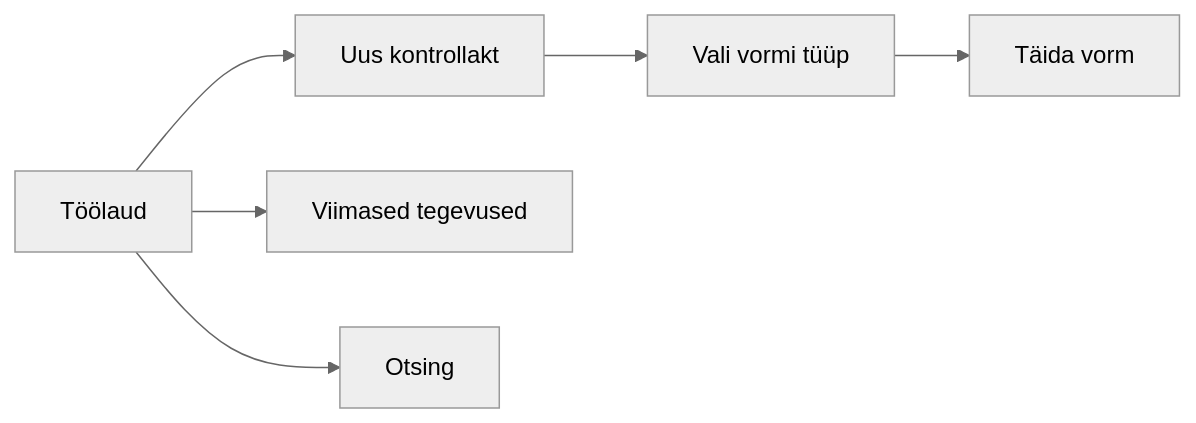
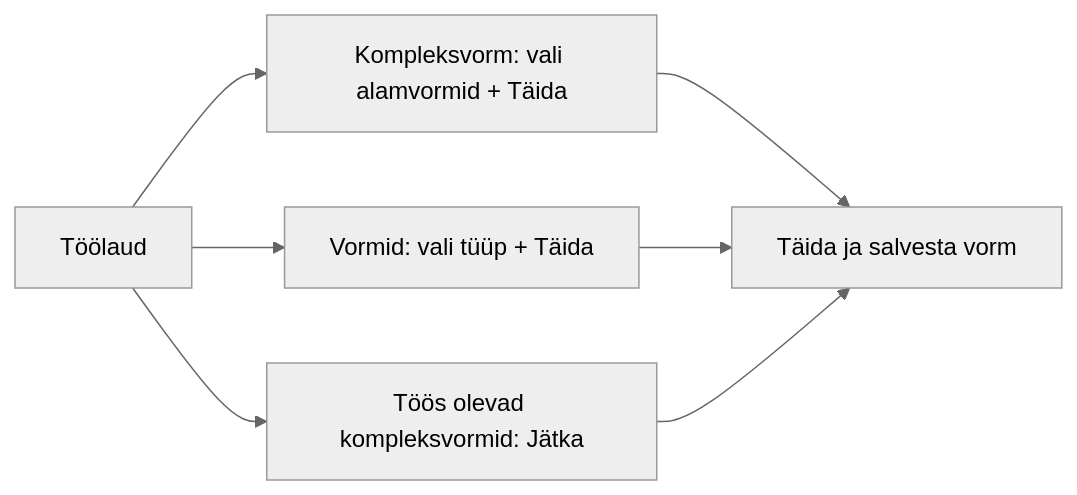
Before and after one commit to kemit-ee/ljvis-2: the diagram in docs/user-guide/04-toolaud.md, drawn with Mermaid (neutral theme). The commit also changed other lines of this file and 31 other files, not shown here.

````diff
--- a/docs/user-guide/04-toolaud.md
+++ b/docs/user-guide/04-toolaud.md
@@ -48,8 +85,9 @@
 ```mermaid
 flowchart LR
-    A[Töölaud] --> B[Uus kontrollakt]
-    A --> C[Viimased tegevused]
-    A --> D[Otsing]
-    B --> E[Vali vormi tüüp]
-    E --> F[Täida vorm]
+    A[Töölaud] --> B["Kompleksvorm: vali alamvormid + Täida"]
+    A --> C["Vormid: vali tüüp + Täida"]
+    A --> D["Töös olevad kompleksvormid: Jätka"]
+    B --> E[Täida ja salvesta vorm]
+    C --> E
+    D --> E
 ```
````
